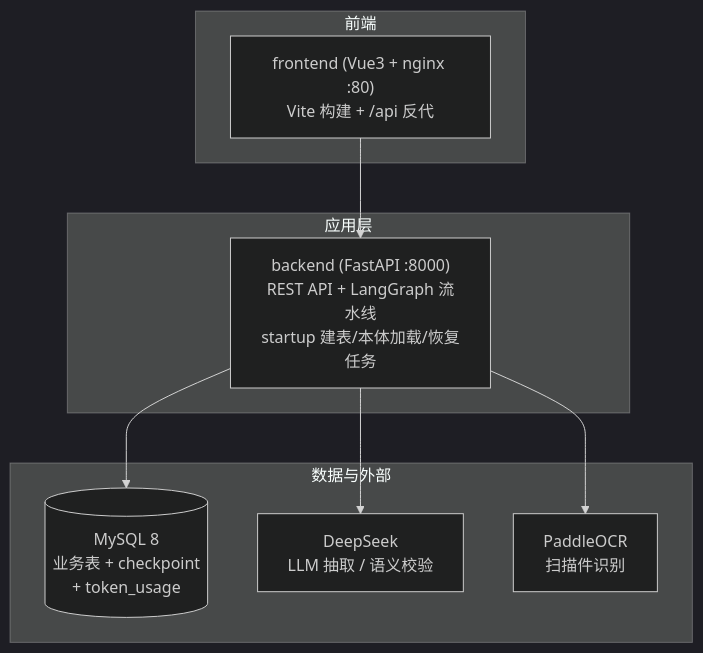
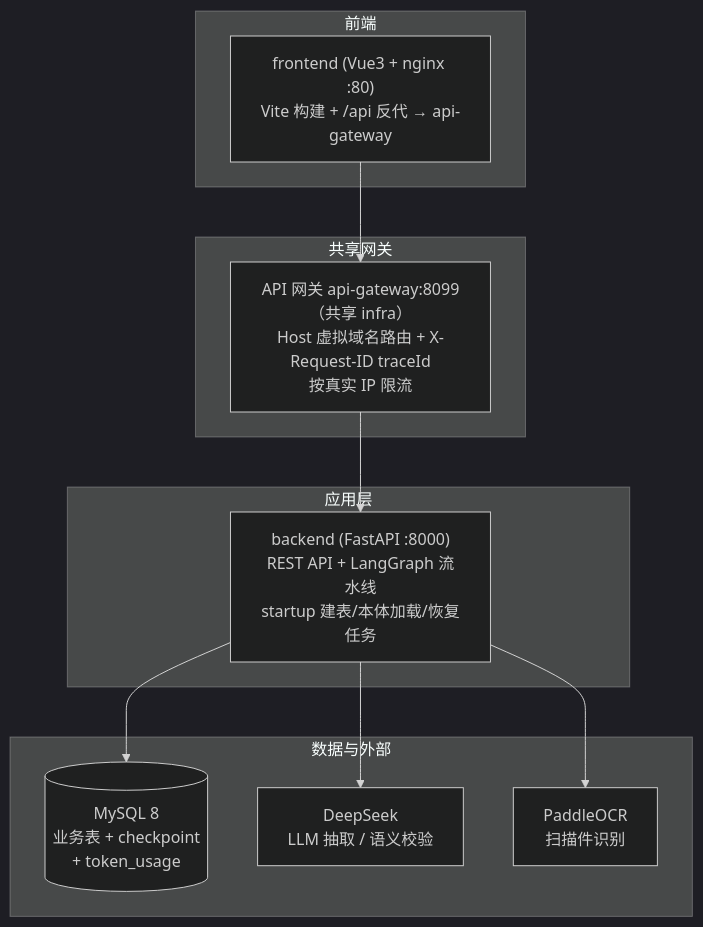
The diagram in README.md (zhanggy1984/contract-check), drawn with Mermaid (dark theme) before and after one commit. The commit also changed 3 other files, not shown here.

First line of the commit message:
feat(gateway): 接入统一 API 网关 + trace.py traceId 对齐

````diff
--- a/README.md
+++ b/README.md
@@ -121,19 +121,23 @@
 ```mermaid
 graph TB
     subgraph 前端
-        FE["frontend (Vue3 + nginx :80)<br/>Vite 构建 + /api 反代"]
+        FE["frontend (Vue3 + nginx :80)<br/>Vite 构建 + /api 反代 → api-gateway"]
+    end
+    subgraph 共享网关
+        GATEWAY["API 网关 api-gateway:8099（共享 infra）<br/>Host 虚拟域名路由 + X-Request-ID traceId<br/>按真实 IP 限流"]
     end
     subgraph 应用层
         API["backend (FastAPI :8000)<br/>REST API + LangGraph 流水线<br/>startup 建表/本体加载/恢复任务"]
     end
     subgraph 数据与外部
         MYSQL[(MySQL 8<br/>业务表 + checkpoint<br/>+ token_usage)]
         DS["DeepSeek<br/>LLM 抽取 / 语义校验"]
         OCR["PaddleOCR<br/>扫描件识别"]
     end
 
-    FE --> API
+    FE --> GATEWAY
+    GATEWAY --> API
     API --> MYSQL
     API --> DS
     API --> OCR
 ```
````
